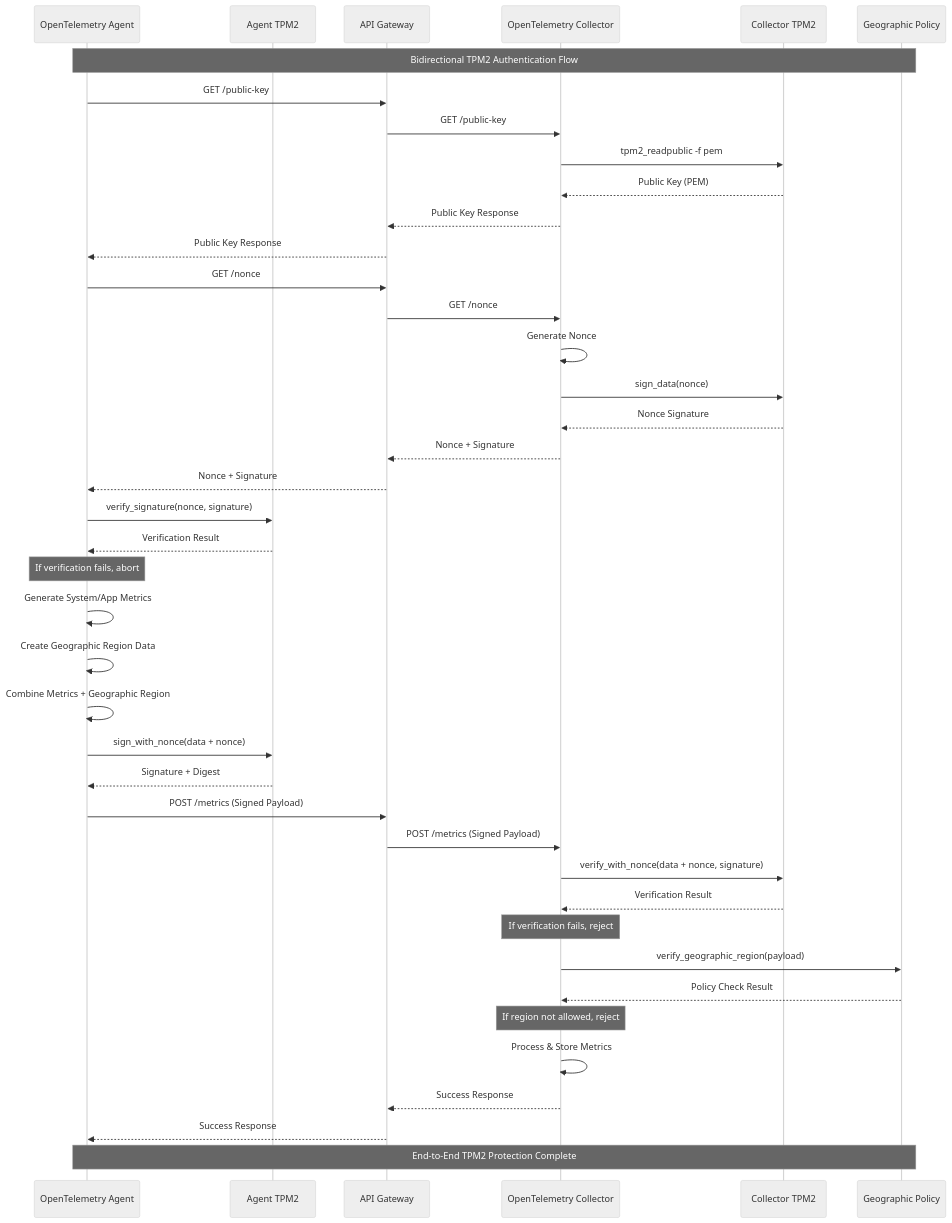
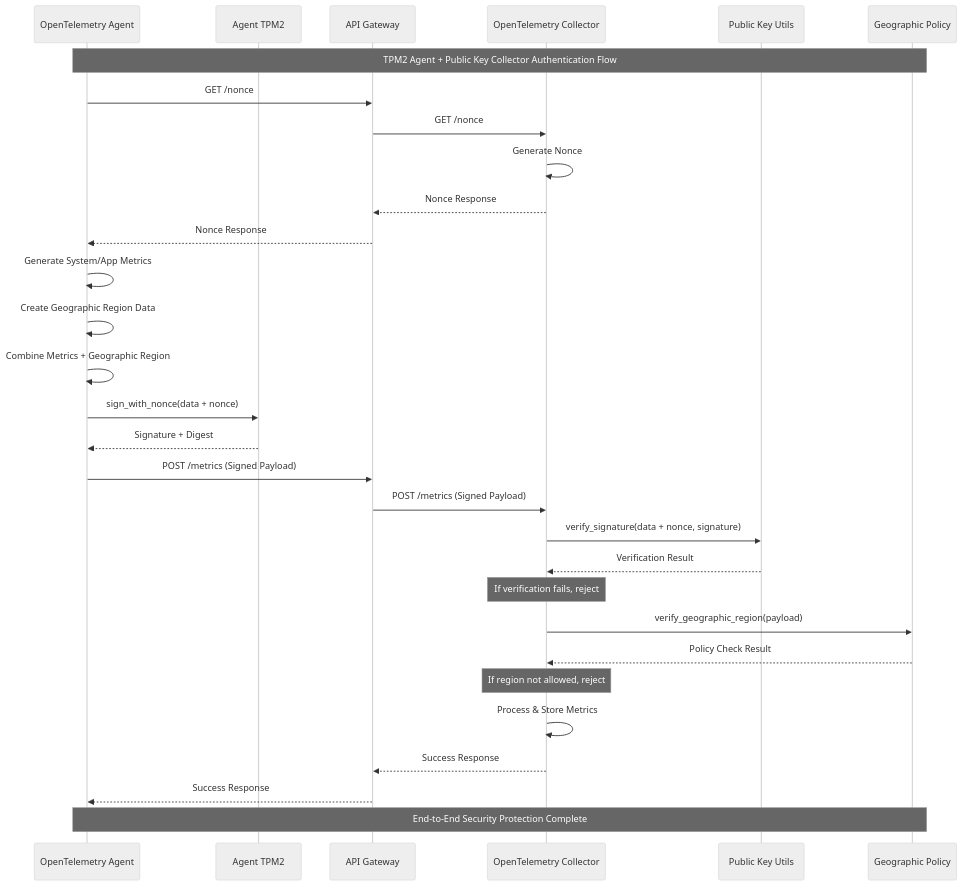
One commit to lfedgeai/AegisEdgeAI changed the diagram in edge-ai/README.md. Above: the diagram before and after it, drawn with Mermaid (neutral theme). The commit also changed other lines of this file, not shown here.

````diff
--- a/edge-ai/README.md
+++ b/edge-ai/README.md
@@ -29,63 +29,48 @@
 ```mermaid
 sequenceDiagram
     participant Agent as OpenTelemetry Agent
     participant TPM2_A as Agent TPM2
     participant Gateway as API Gateway
     participant Collector as OpenTelemetry Collector
-    participant TPM2_C as Collector TPM2
+    participant PK_Utils as Public Key Utils
     participant Policy as Geographic Policy
 
-    Note over Agent,Policy: Bidirectional TPM2 Authentication Flow
+    Note over Agent,Policy: TPM2 Agent + Public Key Collector Authentication Flow
 
-    %% Step 1: Agent requests Collector's public key
-    Agent->>Gateway: GET /public-key
-    Gateway->>Collector: GET /public-key
-    Collector->>TPM2_C: tpm2_readpublic -f pem
-    TPM2_C-->>Collector: Public Key (PEM)
-    Collector-->>Gateway: Public Key Response
-    Gateway-->>Agent: Public Key Response
-
-    %% Step 2: Agent requests signed nonce
+    %% Step 1: Agent requests nonce
     Agent->>Gateway: GET /nonce
     Gateway->>Collector: GET /nonce
     Collector->>Collector: Generate Nonce
-    Collector->>TPM2_C: sign_data(nonce)
-    TPM2_C-->>Collector: Nonce Signature
-    Collector-->>Gateway: Nonce + Signature
-    Gateway-->>Agent: Nonce + Signature
+    Collector-->>Gateway: Nonce Response
+    Gateway-->>Agent: Nonce Response
 
-    %% Step 3: Agent verifies nonce signature
-    Agent->>TPM2_A: verify_signature(nonce, signature)
-    TPM2_A-->>Agent: Verification Result
-    Note over Agent: If verification fails, abort
-
-    %% Step 4: Agent generates metrics with geographic region
+    %% Step 2: Agent generates metrics with geographic region
     Agent->>Agent: Generate System/App Metrics
     Agent->>Agent: Create Geographic Region Data
     Agent->>Agent: Combine Metrics + Geographic Region
 
-    %% Step 5: Agent signs combined data with nonce
+    %% Step 3: Agent signs combined data with nonce using TPM2
     Agent->>TPM2_A: sign_with_nonce(data + nonce)
     TPM2_A-->>Agent: Signature + Digest
 
-    %% Step 6: Agent sends signed payload
+    %% Step 4: Agent sends signed payload
     Agent->>Gateway: POST /metrics (Signed Payload)
     Gateway->>Collector: POST /metrics (Signed Payload)
 
-    %% Step 7: Collector verifies signature
-    Collector->>TPM2_C: verify_with_nonce(data + nonce, signature)
-    TPM2_C-->>Collector: Verification Result
+    %% Step 5: Collector verifies signature using public key
+    Collector->>PK_Utils: verify_signature(data + nonce, signature)
+    PK_Utils-->>Collector: Verification Result
     Note over Collector: If verification fails, reject
 
-    %% Step 8: Collector validates geographic region
+    %% Step 6: Collector validates geographic region
     Collector->>Policy: verify_geographic_region(payload)
     Policy-->>Collector: Policy Check Result
     Note over Collector: If region not allowed, reject
 
-    %% Step 9: Collector processes metrics
+    %% Step 7: Collector processes metrics
     Collector->>Collector: Process & Store Metrics
     Collector-->>Gateway: Success Response
     Gateway-->>Agent: Success Response
 
-    Note over Agent,Policy: End-to-End TPM2 Protection Complete
+    Note over Agent,Policy: End-to-End Security Protection Complete
 ```
````
